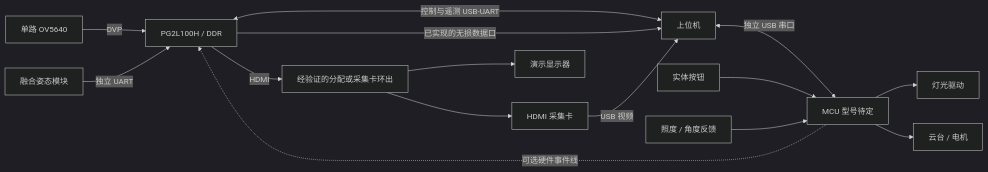
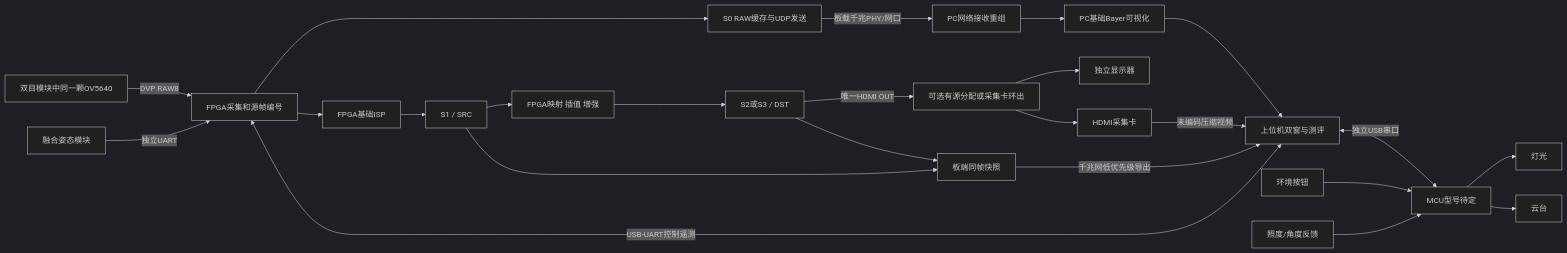
The diagram in output/host/01_硬件连接与通信.md (CaiVegetable0932/26-FPGA-Pango), drawn with Mermaid (dark theme) before and after one commit. The commit also changed other lines of this file and 20 other files, not shown here.

Commit message:
docs: 统一 RAW8 千兆网与 HDMI 双路回传方案

````diff
--- a/output/host/01_硬件连接与通信.md
+++ b/output/host/01_硬件连接与通信.md
@@ -42,17 +42,26 @@
 ```mermaid
 flowchart LR
-    CAM[单路 OV5640] -->|DVP| FPGA[PG2L100H / DDR]
-    IMU[融合姿态模块] -->|独立 UART| FPGA
-    FPGA <-->|控制与遥测 USB-UART| PC[上位机]
-    FPGA -->|已实现的无损数据口| PC
-    FPGA -->|HDMI| SPLIT[经验证的分配或采集卡环出]
-    SPLIT --> DISP[演示显示器]
-    SPLIT --> CAP[HDMI 采集卡]
-    CAP -->|USB 视频| PC
-    PC <-->|独立 USB 串口| MCU[MCU 型号待定]
-    BTN[实体按钮] --> MCU
-    MCU --> LIGHT[灯光驱动]
-    MCU --> MOTOR[云台 / 电机]
-    SENSOR[照度 / 角度反馈] --> MCU
-    MCU -.->|可选硬件事件线| FPGA
+    CAM[双目模块中同一颗OV5640] -->|DVP RAW8| IN[FPGA采集和源帧编号]
+    IN --> RAW[S0 RAW缓存与UDP发送]
+    RAW -->|板载千兆PHY/网口| NET[PC网络接收重组]
+    NET --> BASIC[PC基础Bayer可视化]
+    BASIC --> PC[上位机双窗与测评]
+    IN --> ISP[FPGA基础ISP]
+    ISP --> SRC[S1 / SRC]
+    SRC --> WARP[FPGA映射 插值 增强]
+    WARP --> DST[S2或S3 / DST]
+    DST -->|唯一HDMI OUT| SPLIT[可选有源分配或采集卡环出]
+    SPLIT --> MON[独立显示器]
+    SPLIT --> CAP[HDMI采集卡]
+    CAP -->|未编码压缩视频| PC
+    SRC --> SNAP[板端同帧快照]
+    DST --> SNAP
+    SNAP -->|千兆网低优先级导出| PC
+    IMU[融合姿态模块] -->|独立UART| IN
+    PC <-->|USB-UART控制遥测| IN
+    PC <-->|独立USB串口| MCU[MCU型号待定]
+    BTN[环境按钮] --> MCU
+    MCU --> LIGHT[灯光]
+    MCU --> MOTOR[云台]
+    SENSOR[照度/角度反馈] --> MCU
 ```
````
